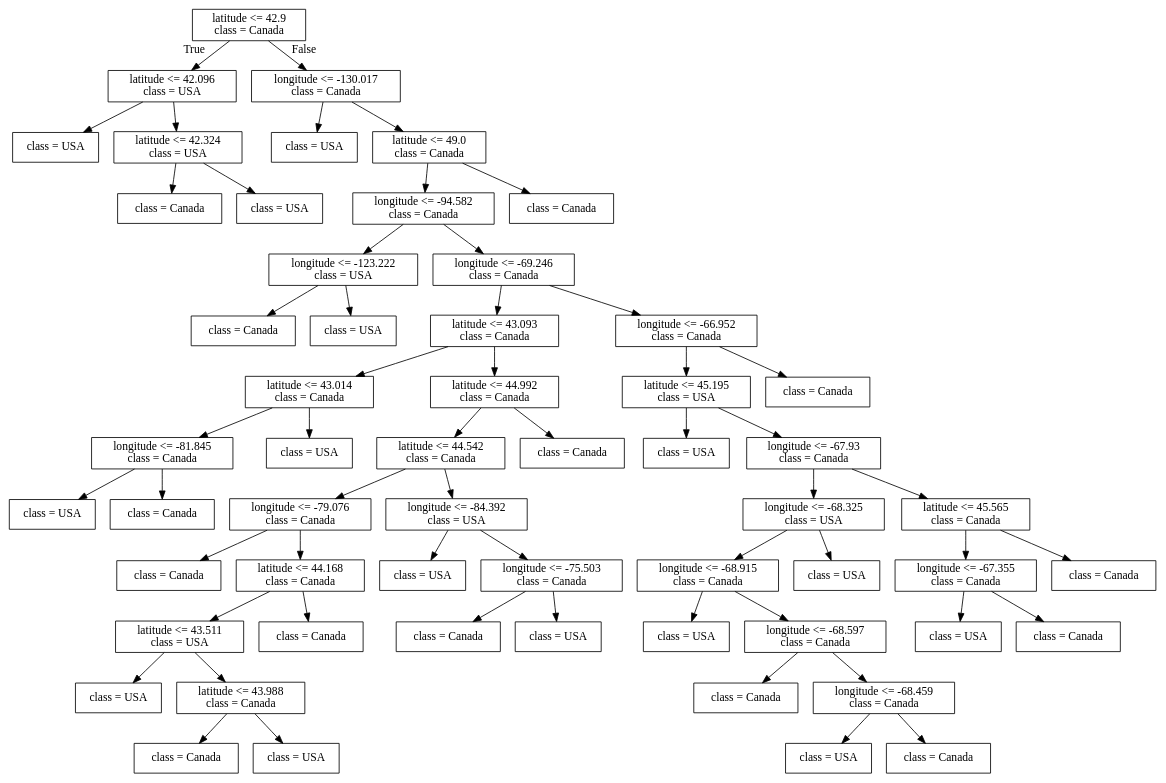
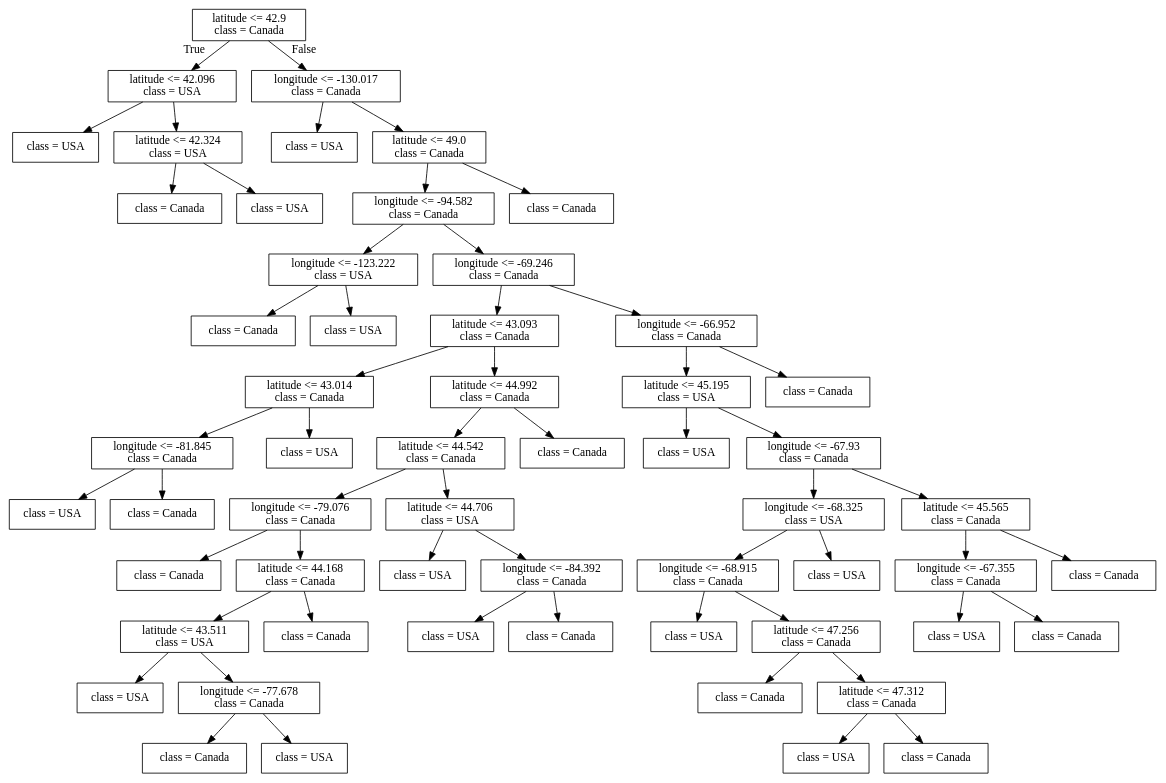
Before and after one commit to bait509-ubc/BAIT509: the diagram in lectures/Source.gv, drawn with Graphviz. The commit also changed 21 other files, not shown here.

```diff
--- a/lectures/Source.gv
+++ b/lectures/Source.gv
@@ -1,116 +1,116 @@
 digraph Tree {
 node [shape=box] ;
 0 [label="latitude <= 42.9\nclass = Canada"] ;
 1 [label="latitude <= 42.096\nclass = USA"] ;
 0 -> 1 [labeldistance=2.5, labelangle=45, headlabel="True"] ;
 2 [label="class = USA"] ;
 1 -> 2 ;
 3 [label="latitude <= 42.324\nclass = USA"] ;
 1 -> 3 ;
 4 [label="class = Canada"] ;
 3 -> 4 ;
 5 [label="class = USA"] ;
 3 -> 5 ;
 6 [label="longitude <= -130.017\nclass = Canada"] ;
 0 -> 6 [labeldistance=2.5, labelangle=-45, headlabel="False"] ;
 7 [label="class = USA"] ;
 6 -> 7 ;
 8 [label="latitude <= 49.0\nclass = Canada"] ;
 6 -> 8 ;
 9 [label="longitude <= -94.582\nclass = Canada"] ;
 8 -> 9 ;
 10 [label="longitude <= -123.222\nclass = USA"] ;
 9 -> 10 ;
 11 [label="class = Canada"] ;
 10 -> 11 ;
 12 [label="class = USA"] ;
 10 -> 12 ;
 13 [label="longitude <= -69.246\nclass = Canada"] ;
 9 -> 13 ;
 14 [label="latitude <= 43.093\nclass = Canada"] ;
 13 -> 14 ;
 15 [label="latitude <= 43.014\nclass = Canada"] ;
 14 -> 15 ;
 16 [label="longitude <= -81.845\nclass = Canada"] ;
 15 -> 16 ;
 17 [label="class = USA"] ;
 16 -> 17 ;
 18 [label="class = Canada"] ;
 16 -> 18 ;
 19 [label="class = USA"] ;
 15 -> 19 ;
 20 [label="latitude <= 44.992\nclass = Canada"] ;
 14 -> 20 ;
 21 [label="latitude <= 44.542\nclass = Canada"] ;
 20 -> 21 ;
 22 [label="longitude <= -79.076\nclass = Canada"] ;
 21 -> 22 ;
 23 [label="class = Canada"] ;
 22 -> 23 ;
 24 [label="latitude <= 44.168\nclass = Canada"] ;
 22 -> 24 ;
 25 [label="latitude <= 43.511\nclass = USA"] ;
 24 -> 25 ;
 26 [label="class = USA"] ;
 25 -> 26 ;
-27 [label="latitude <= 43.988\nclass = Canada"] ;
+27 [label="longitude <= -77.678\nclass = Canada"] ;
 25 -> 27 ;
 28 [label="class = Canada"] ;
 27 -> 28 ;
 29 [label="class = USA"] ;
 27 -> 29 ;
 30 [label="class = Canada"] ;
 24 -> 30 ;
-31 [label="longitude <= -84.392\nclass = USA"] ;
+31 [label="latitude <= 44.706\nclass = USA"] ;
 21 -> 31 ;
 32 [label="class = USA"] ;
 31 -> 32 ;
-33 [label="longitude <= -75.503\nclass = Canada"] ;
+33 [label="longitude <= -84.392\nclass = Canada"] ;
 31 -> 33 ;
-34 [label="class = Canada"] ;
+34 [label="class = USA"] ;
 33 -> 34 ;
-35 [label="class = USA"] ;
+35 [label="class = Canada"] ;
 33 -> 35 ;
 36 [label="class = Canada"] ;
 20 -> 36 ;
 37 [label="longitude <= -66.952\nclass = Canada"] ;
 13 -> 37 ;
 38 [label="latitude <= 45.195\nclass = USA"] ;
 37 -> 38 ;
 39 [label="class = USA"] ;
 38 -> 39 ;
 40 [label="longitude <= -67.93\nclass = Canada"] ;
 38 -> 40 ;
 41 [label="longitude <= -68.325\nclass = USA"] ;
 40 -> 41 ;
 42 [label="longitude <= -68.915\nclass = Canada"] ;
 41 -> 42 ;
 43 [label="class = USA"] ;
 42 -> 43 ;
-44 [label="longitude <= -68.597\nclass = Canada"] ;
+44 [label="latitude <= 47.256\nclass = Canada"] ;
 42 -> 44 ;
 45 [label="class = Canada"] ;
 44 -> 45 ;
-46 [label="longitude <= -68.459\nclass = Canada"] ;
+46 [label="latitude <= 47.312\nclass = Canada"] ;
 44 -> 46 ;
 47 [label="class = USA"] ;
 46 -> 47 ;
 48 [label="class = Canada"] ;
 46 -> 48 ;
 49 [label="class = USA"] ;
 41 -> 49 ;
 50 [label="latitude <= 45.565\nclass = Canada"] ;
 40 -> 50 ;
 51 [label="longitude <= -67.355\nclass = Canada"] ;
 50 -> 51 ;
 52 [label="class = USA"] ;
 51 -> 52 ;
 53 [label="class = Canada"] ;
 51 -> 53 ;
 54 [label="class = Canada"] ;
 50 -> 54 ;
 55 [label="class = Canada"] ;
 37 -> 55 ;
 56 [label="class = Canada"] ;
 8 -> 56 ;
 }
```
